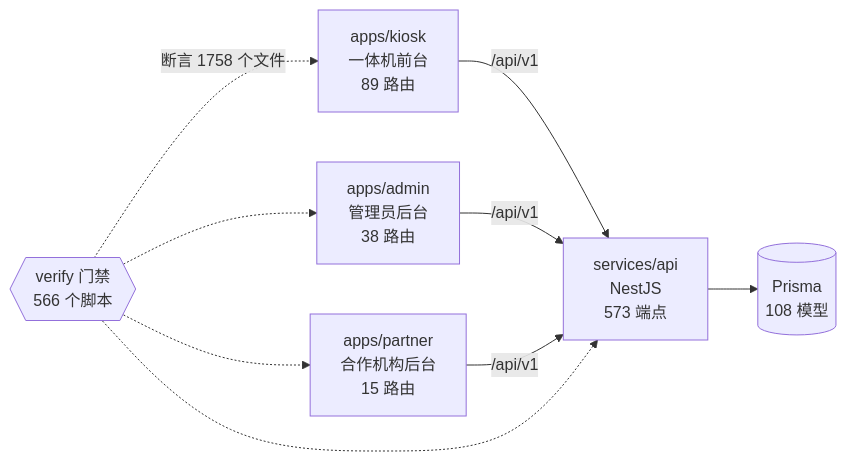
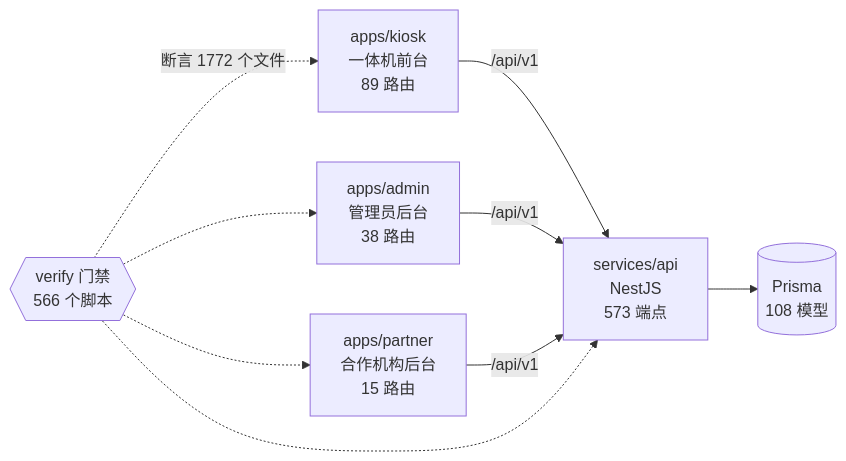
The diagram in docs/graph/README.md (wanglei581/YITIJI), drawn with Mermaid before and after one commit. The commit also changed other lines of this file and 1 other file, not shown here.

Commit message:
chore(graph): 并入候选 79490e294 后重生图谱

````diff
--- a/docs/graph/README.md
+++ b/docs/graph/README.md
@@ -68,18 +68,18 @@
 ```mermaid
 flowchart LR
   kiosk["apps/kiosk<br/>一体机前台<br/>89 路由"]
   admin["apps/admin<br/>管理员后台<br/>38 路由"]
   partner["apps/partner<br/>合作机构后台<br/>15 路由"]
   api["services/api<br/>NestJS<br/>573 端点"]
   db[("Prisma<br/>108 模型")]
   gates{{"verify 门禁<br/>566 个脚本"}}
 
   kiosk -->|"/api/v1"| api
   admin -->|"/api/v1"| api
   partner -->|"/api/v1"| api
   api --> db
-  gates -.->|"断言 1758 个文件"| kiosk
+  gates -.->|"断言 1772 个文件"| kiosk
   gates -.-> admin
   gates -.-> partner
   gates -.-> api
 ```
````
